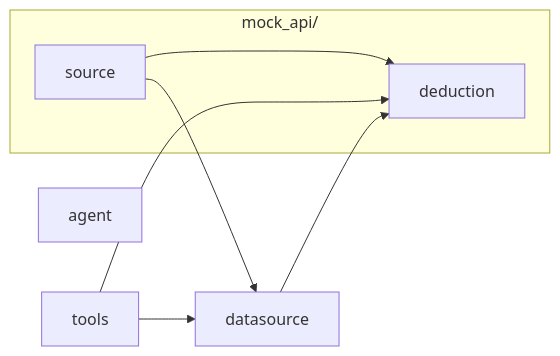
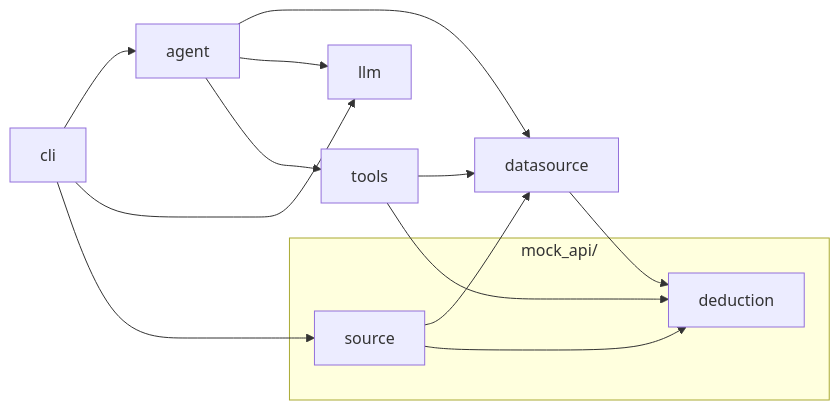
Before and after one commit to jooniorp/tax-agent-eval: the first of 2 diagrams in docs/architecture.md, drawn with Mermaid. The commit also changed other lines of this file and 3 other files, not shown here.

````diff
--- a/docs/architecture.md
+++ b/docs/architecture.md
@@ -21,15 +22,23 @@
 ```mermaid
 graph LR
   tax_agent_agent["agent"]
+  tax_agent_cli["cli"]
   tax_agent_datasource["datasource"]
+  tax_agent_llm["llm"]
   tax_agent_tools["tools"]
   subgraph pkg_mock_api["mock_api/"]
     tax_agent_mock_api_deduction["deduction"]
     tax_agent_mock_api_source["source"]
   end
+  tax_agent_agent --> tax_agent_datasource
+  tax_agent_agent --> tax_agent_llm
+  tax_agent_agent --> tax_agent_tools
+  tax_agent_cli --> tax_agent_agent
+  tax_agent_cli --> tax_agent_llm
+  tax_agent_cli --> tax_agent_mock_api_source
   tax_agent_datasource --> tax_agent_mock_api_deduction
   tax_agent_mock_api_source --> tax_agent_datasource
   tax_agent_mock_api_source --> tax_agent_mock_api_deduction
   tax_agent_tools --> tax_agent_datasource
   tax_agent_tools --> tax_agent_mock_api_deduction
 ```
````
